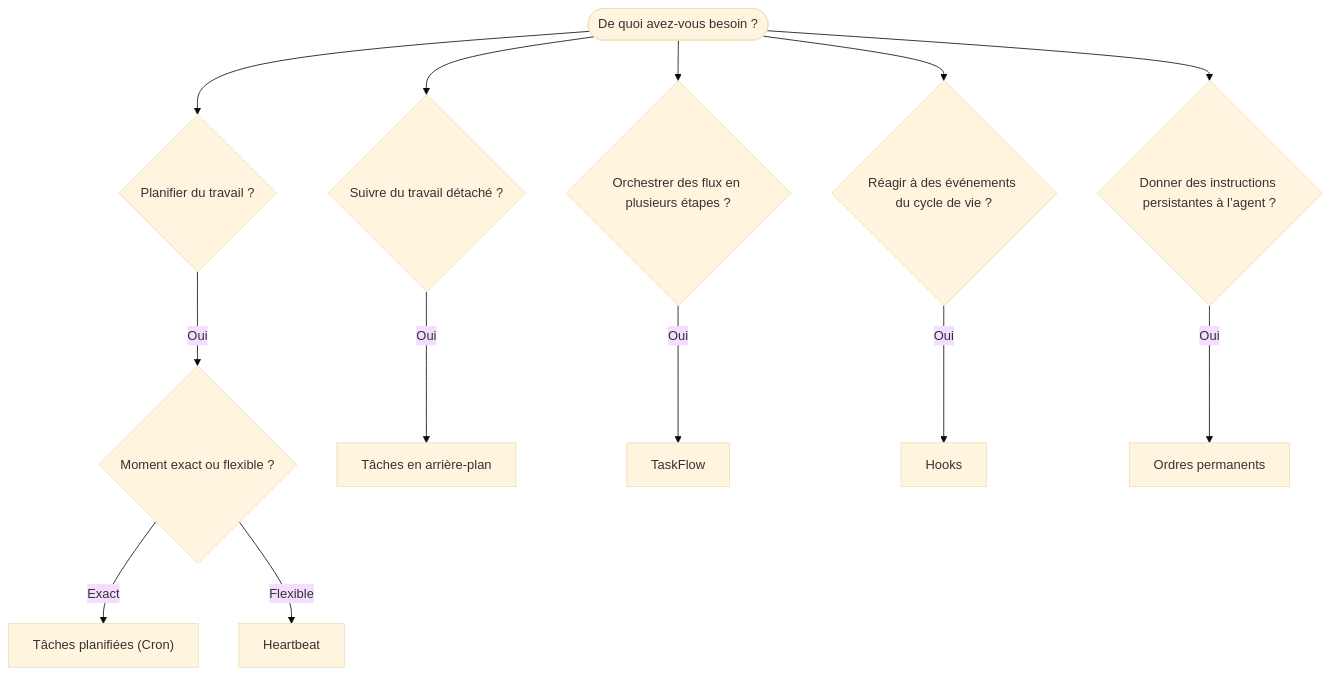
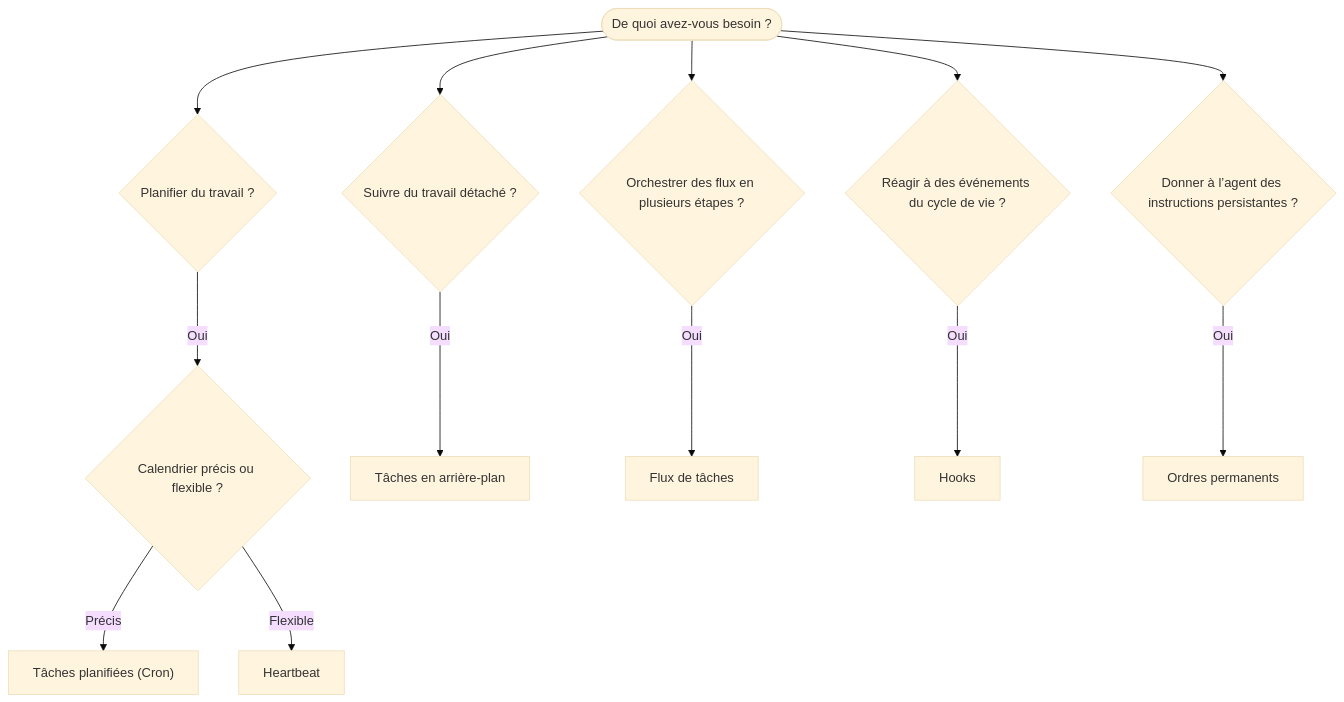
Before and after one commit to openclaw/docs: the diagram in docs/fr/automation/index.md, drawn with Mermaid (base theme). The commit also changed other lines of this file and 142 other files, not shown here.

````diff
--- a/docs/fr/automation/index.md
+++ b/docs/fr/automation/index.md
@@ -21,17 +21,17 @@
 ```mermaid
 flowchart TD
     START([De quoi avez-vous besoin ?]) --> Q1{Planifier du travail ?}
     START --> Q2{Suivre du travail détaché ?}
     START --> Q3{Orchestrer des flux en plusieurs étapes ?}
     START --> Q4{Réagir à des événements du cycle de vie ?}
-    START --> Q5{Donner des instructions persistantes à l’agent ?}
+    START --> Q5{Donner à l’agent des instructions persistantes ?}
 
-    Q1 -->|Oui| Q1a{Moment exact ou flexible ?}
-    Q1a -->|Exact| CRON["Tâches planifiées (Cron)"]
+    Q1 -->|Oui| Q1a{Calendrier précis ou flexible ?}
+    Q1a -->|Précis| CRON["Tâches planifiées (Cron)"]
     Q1a -->|Flexible| HEARTBEAT[Heartbeat]
 
     Q2 -->|Oui| TASKS[Tâches en arrière-plan]
-    Q3 -->|Oui| FLOW[TaskFlow]
+    Q3 -->|Oui| FLOW[Flux de tâches]
     Q4 -->|Oui| HOOKS[Hooks]
     Q5 -->|Oui| SO[Ordres permanents]
 ```
````
